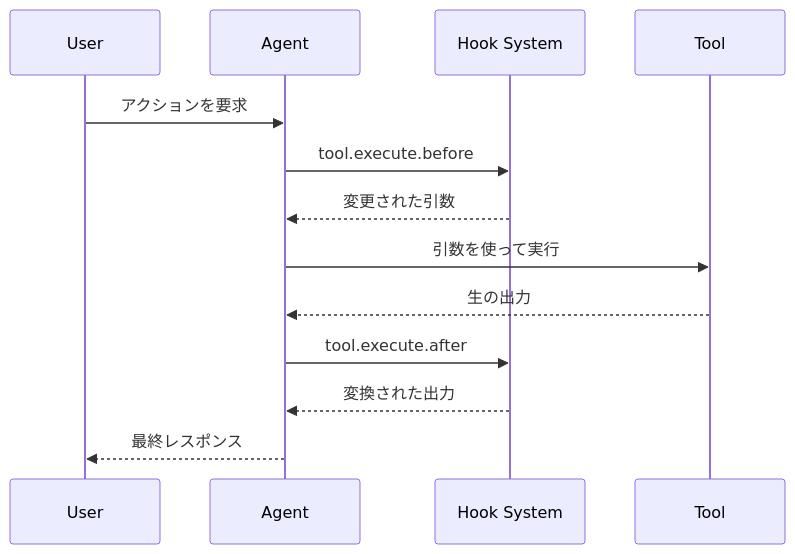
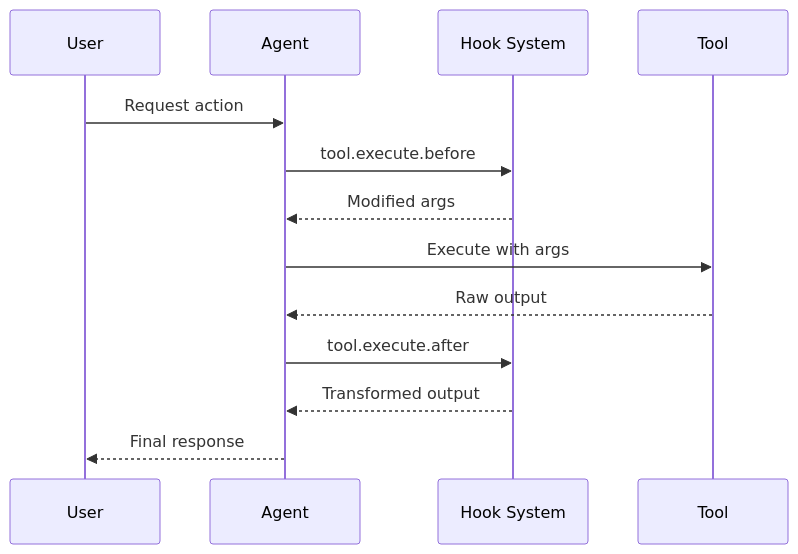
The diagram in packages/docs/src/docs/data/docs/ja/configuration/hooks.mdx (CyberStrikeus/CyberStrike), drawn with Mermaid before and after one commit. The commit also changed other lines of this file and 108 other files, not shown here.

````diff
--- a/packages/docs/src/docs/data/docs/ja/configuration/hooks.mdx
+++ b/packages/docs/src/docs/data/docs/ja/configuration/hooks.mdx
@@ -43,16 +35,16 @@
 ```mermaid
 sequenceDiagram
     participant User
     participant Agent
     participant Hook System
     participant Tool
 
-    User->>Agent: アクションを要求
+    User->>Agent: Request action
     Agent->>Hook System: tool.execute.before
-    Hook System-->>Agent: 変更された引数
-    Agent->>Tool: 引数を使って実行
-    Tool-->>Agent: 生の出力
+    Hook System-->>Agent: Modified args
+    Agent->>Tool: Execute with args
+    Tool-->>Agent: Raw output
     Agent->>Hook System: tool.execute.after
-    Hook System-->>Agent: 変換された出力
-    Agent-->>User: 最終レスポンス
+    Hook System-->>Agent: Transformed output
+    Agent-->>User: Final response
 ```
````
